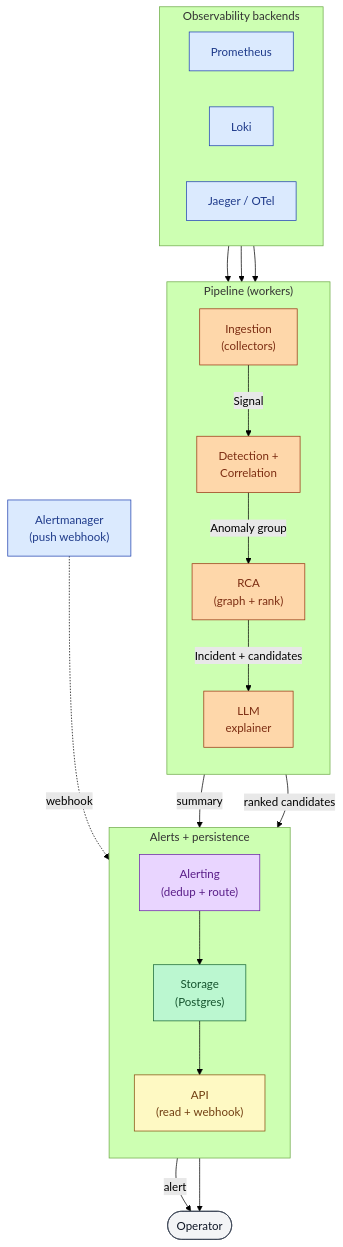
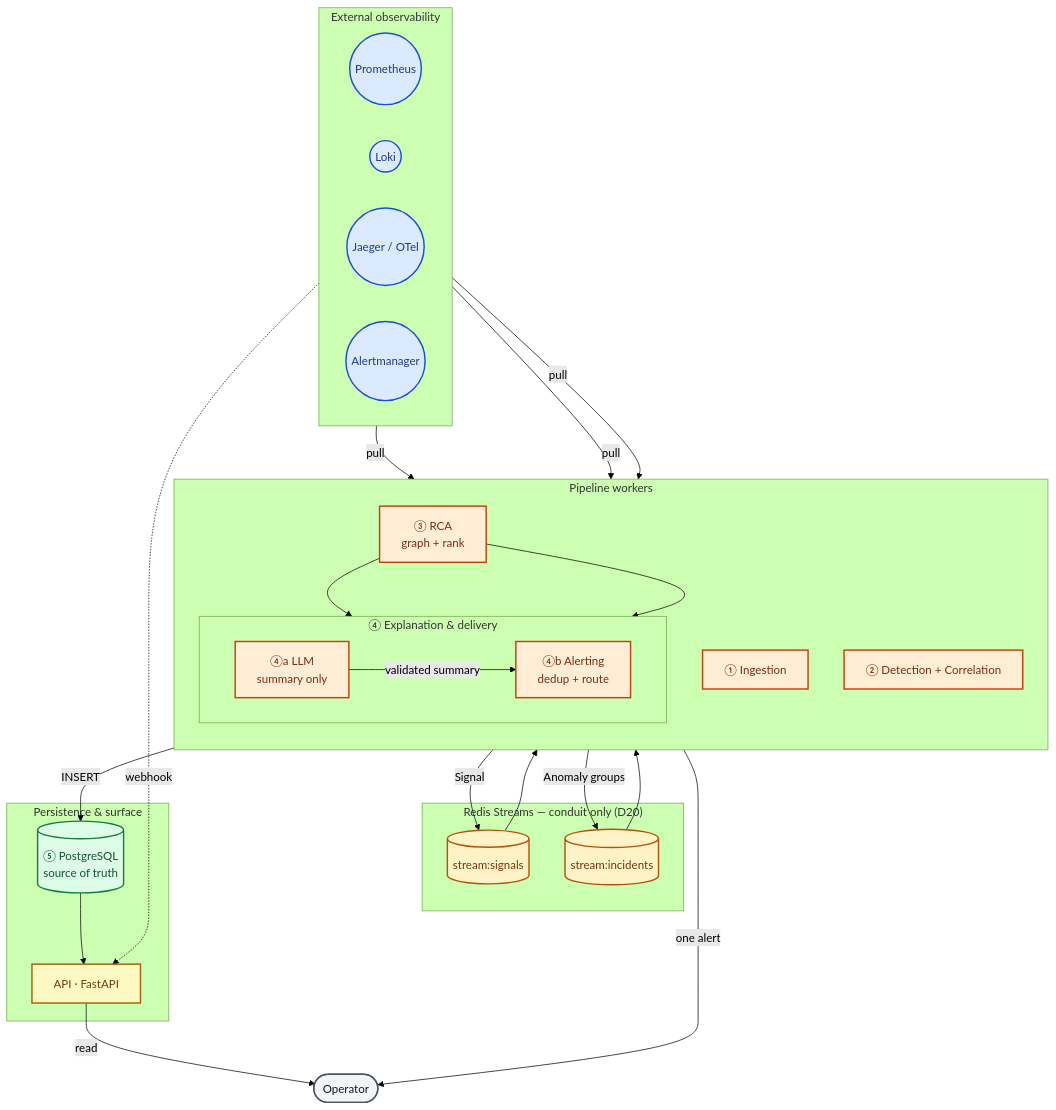
One commit to rifatbond007/inframind-core changed the third of 10 diagrams in docs/ARCHITECTURE.md. Above: the diagram before and after it, drawn with Mermaid (forest theme). The commit also changed other lines of this file and 56 other files, not shown here.

````diff
--- a/docs/ARCHITECTURE.md
+++ b/docs/ARCHITECTURE.md
@@ -22,48 +108,58 @@
 ```mermaid
 flowchart TB
-    classDef obs fill:#dbeafe,stroke:#1e40af,color:#1e3a8a
-    classDef pipe fill:#fed7aa,stroke:#9a3412,color:#7c2d12
-    classDef alert fill:#e9d5ff,stroke:#6b21a8,color:#581c87
-    classDef store fill:#bbf7d0,stroke:#166534,color:#14532d
-    classDef api fill:#fef9c3,stroke:#854d0e,color:#713f12
-    classDef user fill:#f3f4f6,stroke:#374151,color:#111827
-
-    subgraph OBS["Observability backends"]
+    subgraph SOURCES["External observability"]
         direction LR
-        PR["Prometheus"]:::obs
-        LK["Loki"]:::obs
-        JG["Jaeger / OTel"]:::obs
-    end
-    AM["Alertmanager\n(push webhook)"]:::obs
-
-    subgraph PIPE["Pipeline (workers)"]
-        direction TB
-        ING["Ingestion\n(collectors)"]:::pipe
-        DC["Detection +\nCorrelation"]:::pipe
-        RCA["RCA\n(graph + rank)"]:::pipe
-        LLM["LLM\nexplainer"]:::pipe
+        PR(("Prometheus")):::source
+        LO(("Loki")):::source
+        JA(("Jaeger / OTel")):::source
+        AM(("Alertmanager")):::source
     end
 
-    subgraph BOTTOM["Alerts + persistence"]
-        direction TB
-        ALT["Alerting\n(dedup + route)"]:::alert
-        ST["Storage\n(Postgres)"]:::store
-        API["API\n(read + webhook)"]:::api
+    subgraph BUS["Redis Streams — conduit only (D20)"]
+        RS[("stream:signals")]:::bus
+        RI[("stream:incidents")]:::bus
     end
 
-    USER(["Operator"]):::user
+    subgraph WORKERS["Pipeline workers"]
+        direction TB
+        ING["① Ingestion"]:::worker
+        DC["② Detection + Correlation"]:::worker
+        RCA["③ RCA<br/>graph + rank"]:::worker
+        subgraph EXPLAIN["④ Explanation & delivery"]
+            direction LR
+            LLM["④a LLM<br/>summary only"]:::worker
+            ALT["④b Alerting<br/>dedup + route"]:::worker
+        end
+    end
 
-    PR --> ING
-    LK --> ING
-    JG --> ING
-    ING -- "Signal" --> DC
-    DC -- "Anomaly group" --> RCA
-    RCA -- "Incident + candidates" --> LLM
-    LLM -- "summary" --> ALT
-    RCA -- "ranked candidates" --> ALT
-    ALT -- "alert" --> USER
-    ALT --> ST
-    ST --> API
-    API --> USER
-    AM -. webhook .-> API
+    subgraph PERSIST["Persistence & surface"]
+        PG[("⑤ PostgreSQL<br/>source of truth")]:::store
+        API["API · FastAPI"]:::api
+    end
+
+    OP(["Operator"]):::human
+
+    PR -->|pull| ING
+    LO -->|pull| ING
+    JA -->|pull| ING
+    AM -.->|webhook| API
+
+    ING -->|Signal| RS
+    RS --> DC
+    DC -->|Anomaly groups| RI
+    RI --> RCA
+    RCA --> LLM
+    RCA --> ALT
+    LLM -->|validated summary| ALT
+    ALT -->|INSERT| PG
+    PG --> API
+    ALT -->|one alert| OP
+    API -->|read| OP
+
+    classDef source fill:#dbeafe,stroke:#1d4ed8,color:#1e3a8a,stroke-width:2px
+    classDef worker fill:#ffedd5,stroke:#c2410c,color:#7c2d12,stroke-width:2px
+    classDef bus fill:#fef3c7,stroke:#b45309,color:#78350f,stroke-width:2px
+    classDef store fill:#dcfce7,stroke:#15803d,color:#14532d,stroke-width:2px
+    classDef api fill:#fef9c3,stroke:#a16207,color:#713f12,stroke-width:2px
+    classDef human fill:#f3f4f6,stroke:#4b5563,color:#111827,stroke-width:2px
 ```
````
